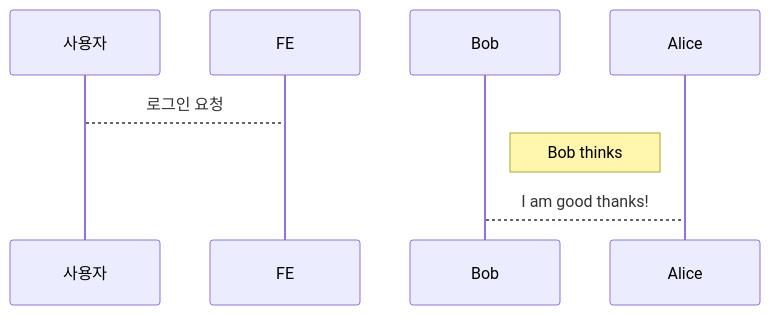
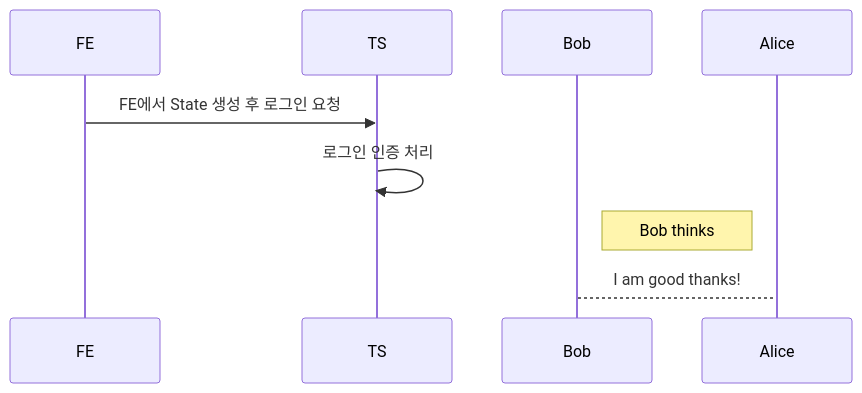
The diagram in README.md (SpadeJJJ/oauth_rebuild), drawn with Mermaid before and after one commit.

````diff
--- a/README.md
+++ b/README.md
@@ -15,6 +15,8 @@
 ```mermaid
 sequenceDiagram
-사용자 --> FE: 로그인 요청
+FE ->> TS: FE에서 State 생성 후 로그인 요청
+TS ->> TS : 로그인 인증 처리
+
 Note right of Bob: Bob thinks
 Bob-->Alice: I am good thanks!
 ```
````
